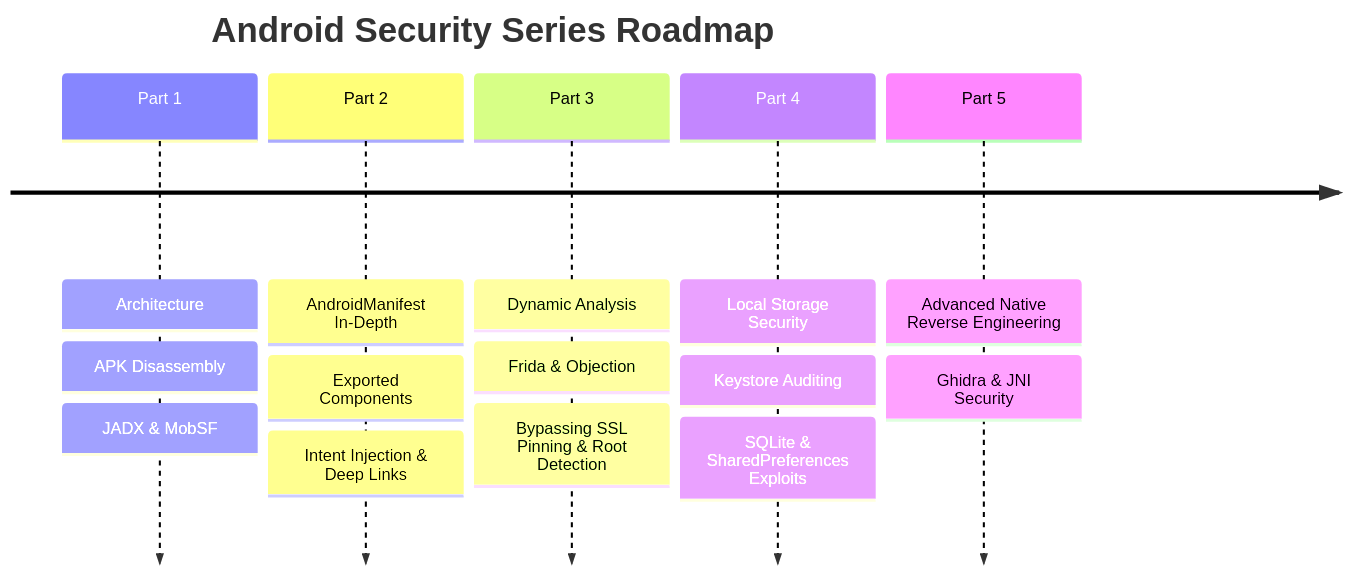
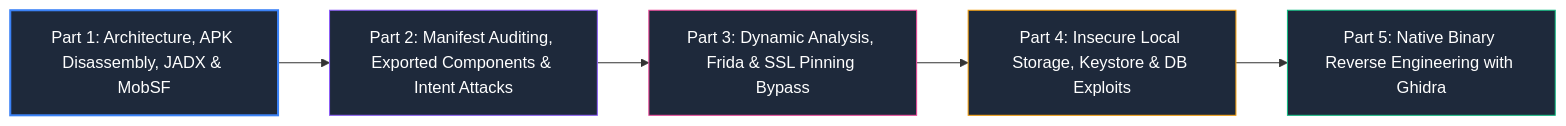
Diagram 15 of 15 in Android_pentest/Introduction, APK Analysis, JADX & MobSF/Android_pentest_part-1.MD (sivaoffl04/Cyber-Blog), drawn with Mermaid before and after one commit. The commit also changed other lines of this file, not shown here.

Commit message:
Fix Mermaid diagram compatibility for GitHub rendering

````diff
--- a/Android_pentest/Introduction, APK Analysis, JADX & MobSF/Android_pentest_part-1.MD
+++ b/Android_pentest/Introduction, APK Analysis, JADX & MobSF/Android_pentest_part-1.MD
@@ -717,9 +741,14 @@
 ```mermaid
-timeline
-    title Android Security Series Roadmap
-    Part 1 : Architecture : APK Disassembly : JADX & MobSF
-    Part 2 : AndroidManifest In-Depth : Exported Components : Intent Injection & Deep Links
-    Part 3 : Dynamic Analysis : Frida & Objection : Bypassing SSL Pinning & Root Detection
-    Part 4 : Local Storage Security : Keystore Auditing : SQLite & SharedPreferences Exploits
-    Part 5 : Advanced Native Reverse Engineering : Ghidra & JNI Security
+flowchart LR
+    P1["Part 1: Architecture, APK Disassembly, JADX & MobSF"]
+    --> P2["Part 2: Manifest Auditing, Exported Components & Intent Attacks"]
+    --> P3["Part 3: Dynamic Analysis, Frida & SSL Pinning Bypass"]
+    --> P4["Part 4: Insecure Local Storage, Keystore & DB Exploits"]
+    --> P5["Part 5: Native Binary Reverse Engineering with Ghidra"]
+
+    style P1 fill:#1e293b,stroke:#3b82f6,stroke-width:2px,color:#fff
+    style P2 fill:#1e293b,stroke:#8b5cf6,stroke-width:1px,color:#fff
+    style P3 fill:#1e293b,stroke:#ec4899,stroke-width:1px,color:#fff
+    style P4 fill:#1e293b,stroke:#f59e0b,stroke-width:1px,color:#fff
+    style P5 fill:#1e293b,stroke:#10b981,stroke-width:1px,color:#fff
 ```
````
